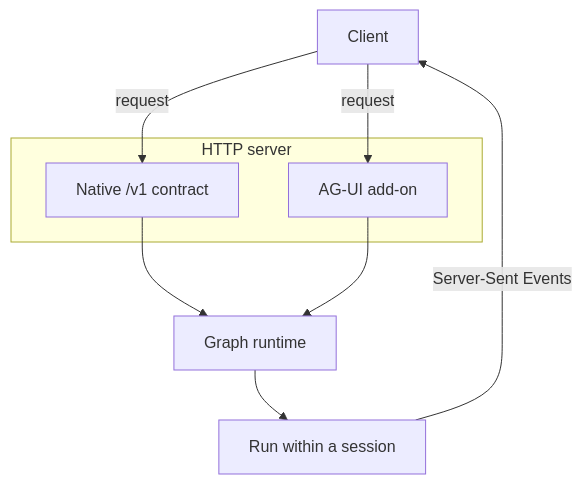
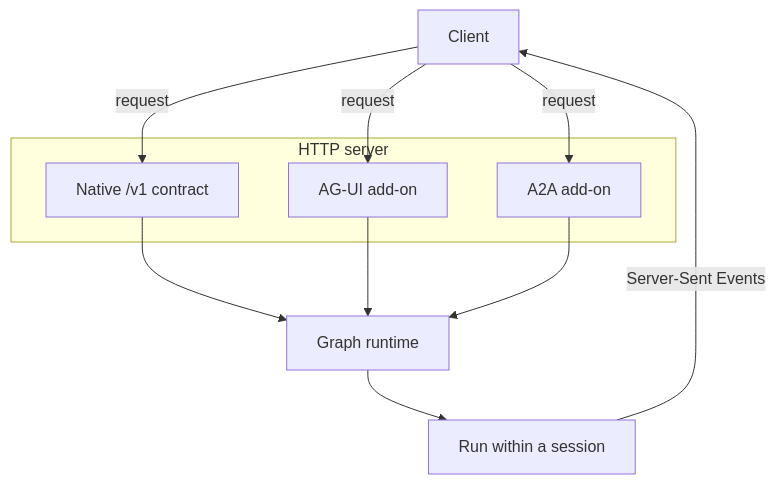
One commit to agentc-sh/agentc changed the diagram in docs/concepts/serving-and-protocols.mdx. Above: the diagram before and after it, drawn with Mermaid. The commit also changed other lines of this file and 33 other files, not shown here.

````diff
--- a/docs/concepts/serving-and-protocols.mdx
+++ b/docs/concepts/serving-and-protocols.mdx
@@ -18,16 +18,19 @@
 ```mermaid
 graph TD
     CLIENT[Client]
 
     subgraph server [HTTP server]
         NATIVE[Native /v1 contract]
         AGUI[AG-UI add-on]
+        A2A[A2A add-on]
     end
 
     CLIENT -->|request| NATIVE
     CLIENT -->|request| AGUI
+    CLIENT -->|request| A2A
     NATIVE --> GRAPH[Graph runtime]
     AGUI --> GRAPH
+    A2A --> GRAPH
     GRAPH --> RUN[Run within a session]
     RUN -->|Server-Sent Events| CLIENT
 ```
````
